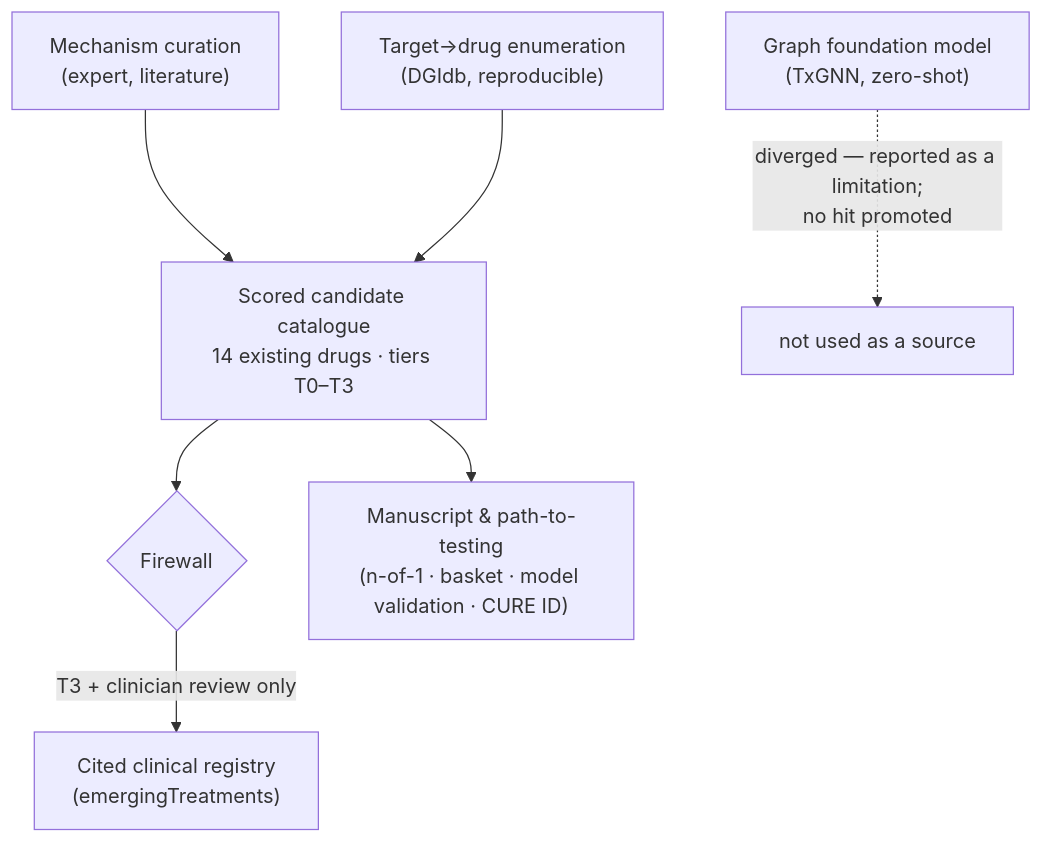
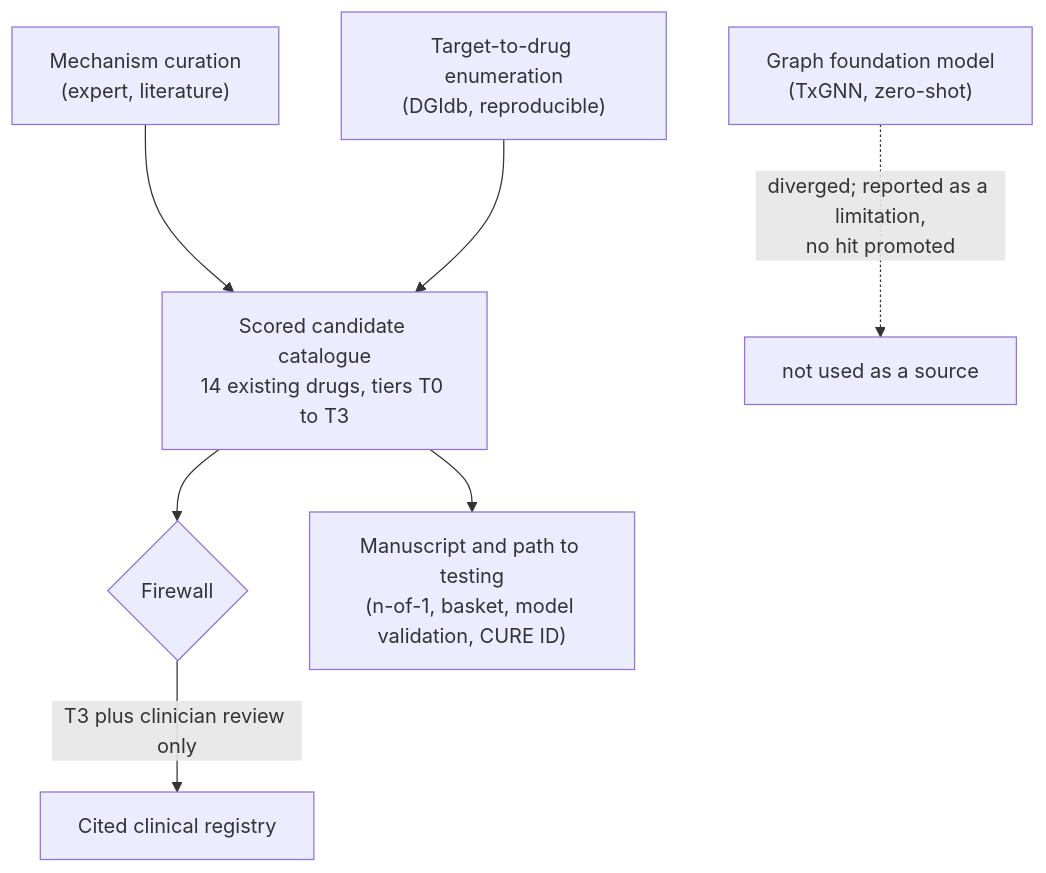
One commit to trimcrae/Rare-cancers changed the diagram in research/manuscripts/repurposing-hypotheses.md. Above: the diagram before and after it, drawn with Mermaid. The commit also changed other lines of this file and 23 other files, not shown here.

````diff
--- a/research/manuscripts/repurposing-hypotheses.md
+++ b/research/manuscripts/repurposing-hypotheses.md
@@ -162,9 +220,9 @@
 ```mermaid
 flowchart TD
-  A["Mechanism curation<br/>(expert, literature)"] --> D["Scored candidate catalogue<br/>14 existing drugs · tiers T0–T3"]
-  B["Target→drug enumeration<br/>(DGIdb, reproducible)"] --> D
-  C["Graph foundation model<br/>(TxGNN, zero-shot)"] -. "diverged — reported as a limitation;<br/>no hit promoted" .-> N["not used as a source"]
+  A["Mechanism curation<br/>(expert, literature)"] --> D["Scored candidate catalogue<br/>14 existing drugs, tiers T0 to T3"]
+  B["Target-to-drug enumeration<br/>(DGIdb, reproducible)"] --> D
+  C["Graph foundation model<br/>(TxGNN, zero-shot)"] -. "diverged; reported as a limitation,<br/>no hit promoted" .-> N["not used as a source"]
   D --> F{"Firewall"}
-  F -- "T3 + clinician review only" --> P["Cited clinical registry<br/>(emergingTreatments)"]
-  D --> M["Manuscript & path-to-testing<br/>(n-of-1 · basket · model validation · CURE ID)"]
+  F -- "T3 plus clinician review only" --> P["Cited clinical registry"]
+  D --> M["Manuscript and path to testing<br/>(n-of-1, basket, model validation, CURE ID)"]
 ```
````
